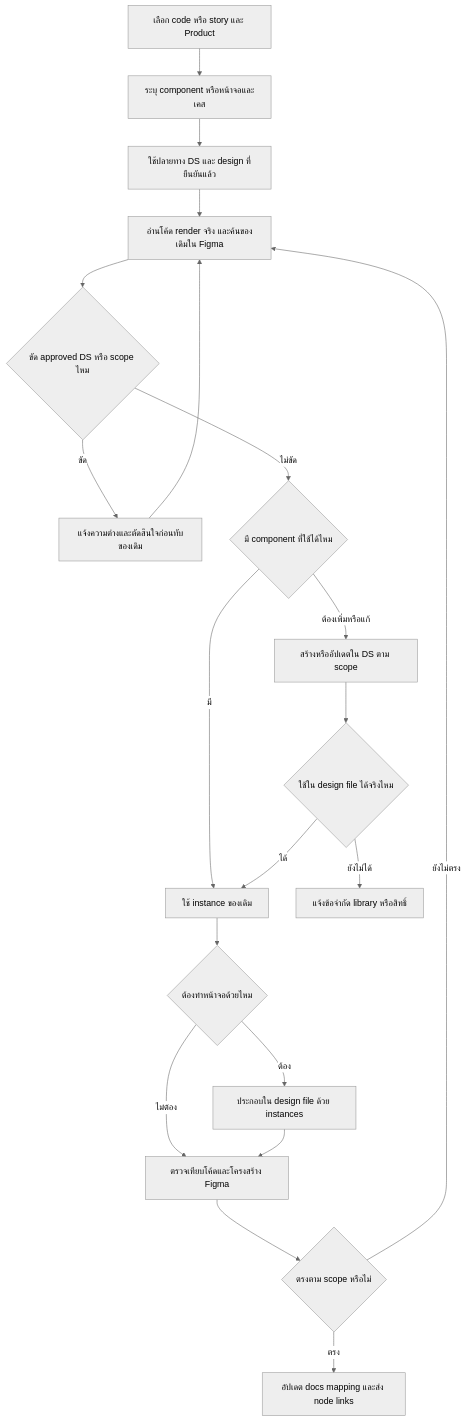
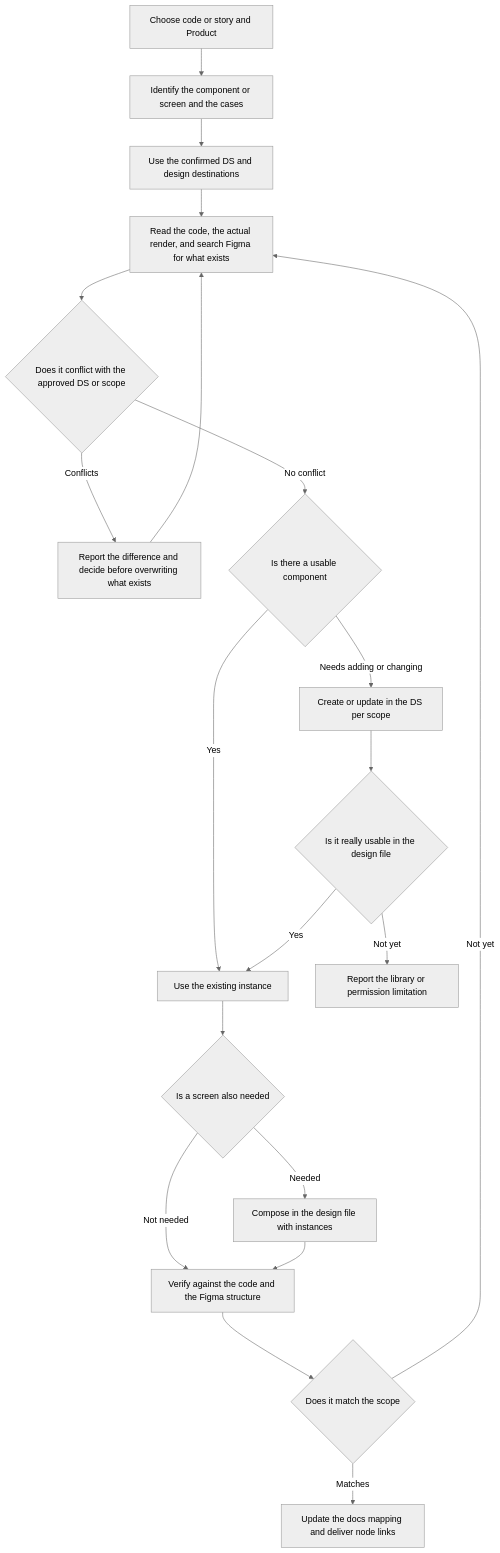
The third of 3 diagrams in design-system/rules/code-to-design-flow.md (PraewNAT/cariva-design-workspace), drawn with Mermaid (neutral theme) before and after one commit. The commit also changed other lines of this file and 190 other files, not shown here.

First line of the commit message:
Align Figma component sets with shadcn, add Code Connect, translate docs to English

````diff
--- a/design-system/rules/code-to-design-flow.md
+++ b/design-system/rules/code-to-design-flow.md
@@ -81,22 +81,22 @@
 ```mermaid
 flowchart TD
-  Start["เลือก code หรือ story และ Product"] --> Scope["ระบุ component หรือหน้าจอและเคส"]
-  Scope --> Target["ใช้ปลายทาง DS และ design ที่ยืนยันแล้ว"]
-  Target --> Inspect["อ่านโค้ด render จริง และค้นของเดิมใน Figma"]
-  Inspect --> Conflict{"ขัด approved DS หรือ scope ไหม"}
-  Conflict -->|ขัด| Resolve["แจ้งความต่างและตัดสินใจก่อนทับของเดิม"]
+  Start["Choose code or story and Product"] --> Scope["Identify the component or screen and the cases"]
+  Scope --> Target["Use the confirmed DS and design destinations"]
+  Target --> Inspect["Read the code, the actual render, and search Figma for what exists"]
+  Inspect --> Conflict{"Does it conflict with the approved DS or scope"}
+  Conflict -->|Conflicts| Resolve["Report the difference and decide before overwriting what exists"]
   Resolve --> Inspect
-  Conflict -->|ไม่ขัด| Exists{"มี component ที่ใช้ได้ไหม"}
-  Exists -->|มี| Reuse["ใช้ instance ของเดิม"]
-  Exists -->|ต้องเพิ่มหรือแก้| Library["สร้างหรืออัปเดตใน DS ตาม scope"]
-  Library --> Access{"ใช้ใน design file ได้จริงไหม"}
-  Access -->|ได้| Reuse
-  Access -->|ยังไม่ได้| Pending["แจ้งข้อจำกัด library หรือสิทธิ์"]
-  Reuse --> Screen{"ต้องทำหน้าจอด้วยไหม"}
-  Screen -->|ต้อง| Compose["ประกอบใน design file ด้วย instances"]
-  Screen -->|ไม่ต้อง| Verify["ตรวจเทียบโค้ดและโครงสร้าง Figma"]
+  Conflict -->|No conflict| Exists{"Is there a usable component"}
+  Exists -->|Yes| Reuse["Use the existing instance"]
+  Exists -->|Needs adding or changing| Library["Create or update in the DS per scope"]
+  Library --> Access{"Is it really usable in the design file"}
+  Access -->|Yes| Reuse
+  Access -->|Not yet| Pending["Report the library or permission limitation"]
+  Reuse --> Screen{"Is a screen also needed"}
+  Screen -->|Needed| Compose["Compose in the design file with instances"]
+  Screen -->|Not needed| Verify["Verify against the code and the Figma structure"]
   Compose --> Verify
-  Verify --> Result{"ตรงตาม scope หรือไม่"}
-  Result -->|ยังไม่ตรง| Inspect
-  Result -->|ตรง| Finish["อัปเดต docs mapping และส่ง node links"]
+  Verify --> Result{"Does it match the scope"}
+  Result -->|Not yet| Inspect
+  Result -->|Matches| Finish["Update the docs mapping and deliver node links"]
 ```
````
